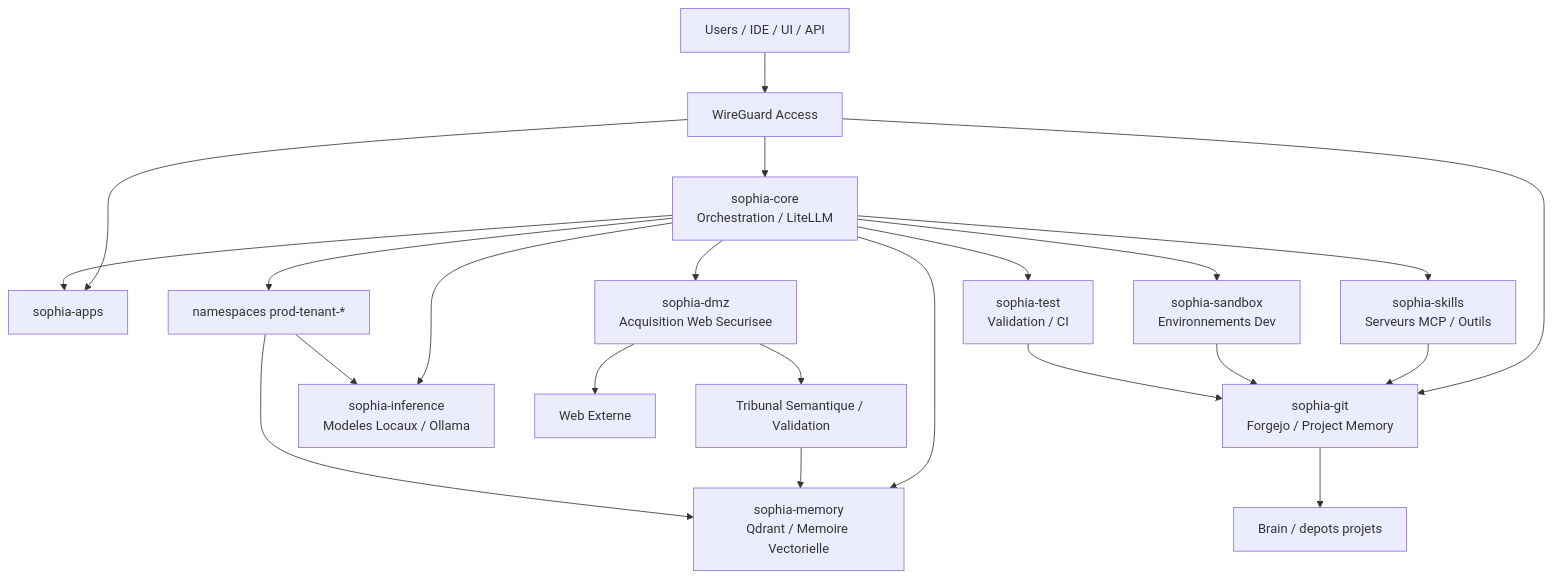
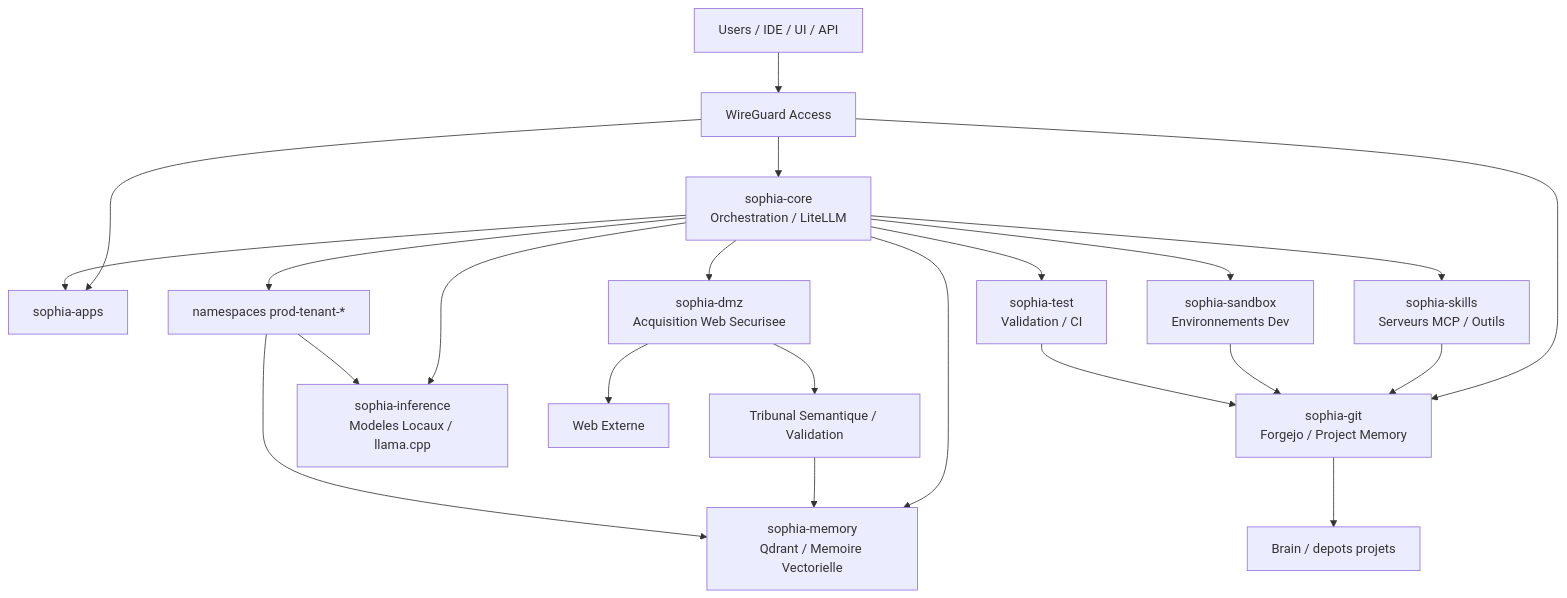
Before and after one commit to Kisai-DG-SLU/sophia-platform: the diagram in README.md, drawn with Mermaid. The commit also changed other lines of this file and 7 other files, not shown here.

Commit message:
docs: llama.cpp au lieu d'Ollama, pile à jour (Keycloak, RabbitMQ, Temporal, MCP), isolation et chiffrement requalifiés en place / cible (FR + EN)

````diff
--- a/README.md
+++ b/README.md
@@ -56,33 +59,33 @@
 ```mermaid
 flowchart TB
     U[Users / IDE / UI / API]
     WG[WireGuard Access]
     U --> WG
 
     WG --> APPS[sophia-apps]
     WG --> CORE[sophia-core\nOrchestration / LiteLLM]
     WG --> GIT[sophia-git\nForgejo / Project Memory]
 
-    CORE --> INFER[sophia-inference\nModeles Locaux / Ollama]
+    CORE --> INFER[sophia-inference\nModeles Locaux / llama.cpp]
     CORE --> MEM[sophia-memory\nQdrant / Memoire Vectorielle]
     CORE --> SKILLS[sophia-skills\nServeurs MCP / Outils]
     CORE --> DMZ[sophia-dmz\nAcquisition Web Securisee]
     CORE --> SANDBOX[sophia-sandbox\nEnvironnements Dev]
     CORE --> TEST[sophia-test\nValidation / CI]
     CORE --> APPS
 
     SKILLS --> GIT
     SANDBOX --> GIT
     TEST --> GIT
 
     DMZ --> WEB[Web Externe]
     DMZ --> COURT[Tribunal Semantique / Validation]
     COURT --> MEM
 
     GIT --> BRAIN[Brain / depots projets]
 
     PROD[namespaces prod-tenant-*]
     CORE --> PROD
     PROD --> MEM
     PROD --> INFER
 ```
````
